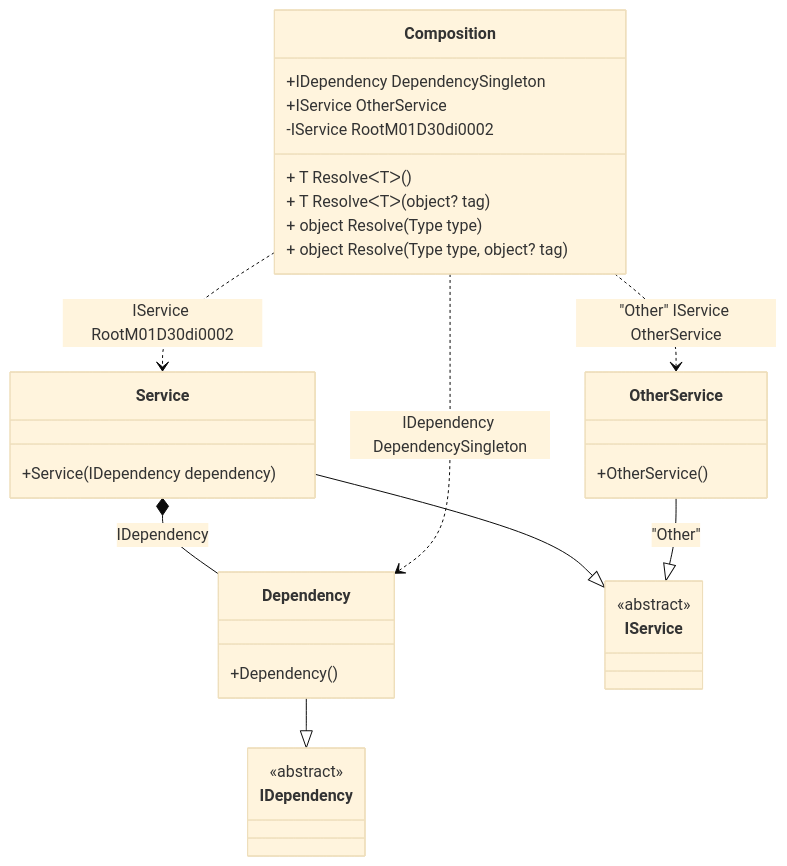
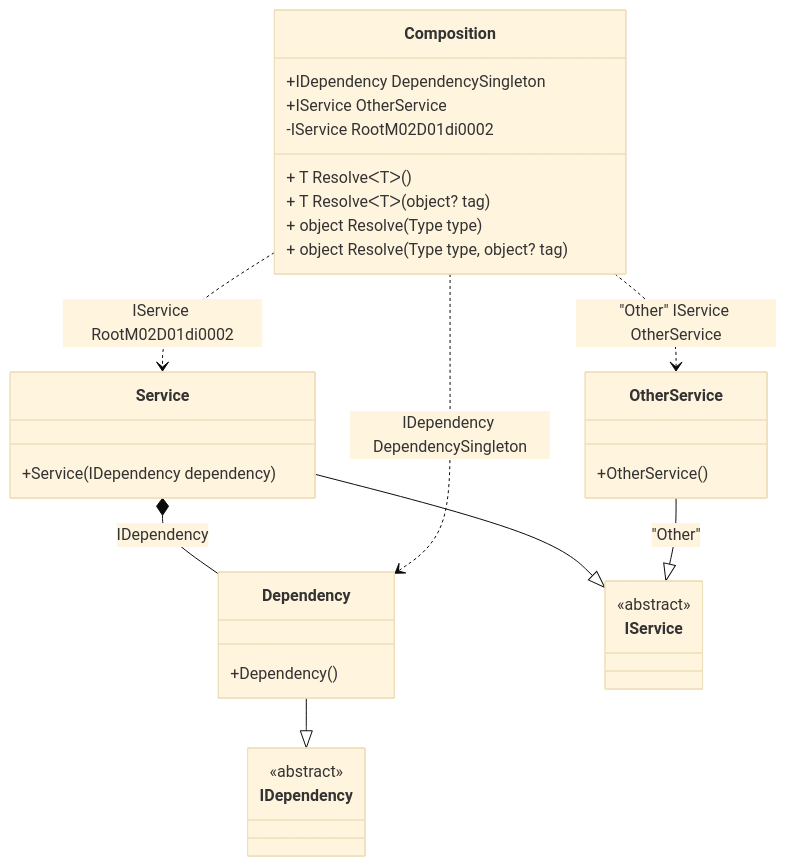
Before and after one commit to DevTeam/Pure.DI: the diagram in readme/resolve-methods.md, drawn with Mermaid (base theme). The commit also changed other lines of this file and 80 other files, not shown here.

````diff
--- a/readme/resolve-methods.md
+++ b/readme/resolve-methods.md
@@ -43,34 +43,34 @@
 ```mermaid
 classDiagram
   class Composition {
     +IDependency DependencySingleton
     +IService OtherService
-    -IService RootM01D30di0002
+    -IService RootM02D01di0002
     + T ResolveᐸTᐳ()
     + T ResolveᐸTᐳ(object? tag)
     + object Resolve(Type type)
     + object Resolve(Type type, object? tag)
   }
   Dependency --|> IDependency : 
   class Dependency {
     +Dependency()
   }
   Service --|> IService : 
   class Service {
     +Service(IDependency dependency)
   }
   OtherService --|> IService : "Other" 
   class OtherService {
     +OtherService()
   }
   class IDependency {
     <<abstract>>
   }
   class IService {
     <<abstract>>
   }
   Service *--  Dependency : IDependency
   Composition ..> Dependency : IDependency DependencySingleton
-  Composition ..> Service : IService RootM01D30di0002
+  Composition ..> Service : IService RootM02D01di0002
   Composition ..> OtherService : "Other" IService OtherService
 ```
````
